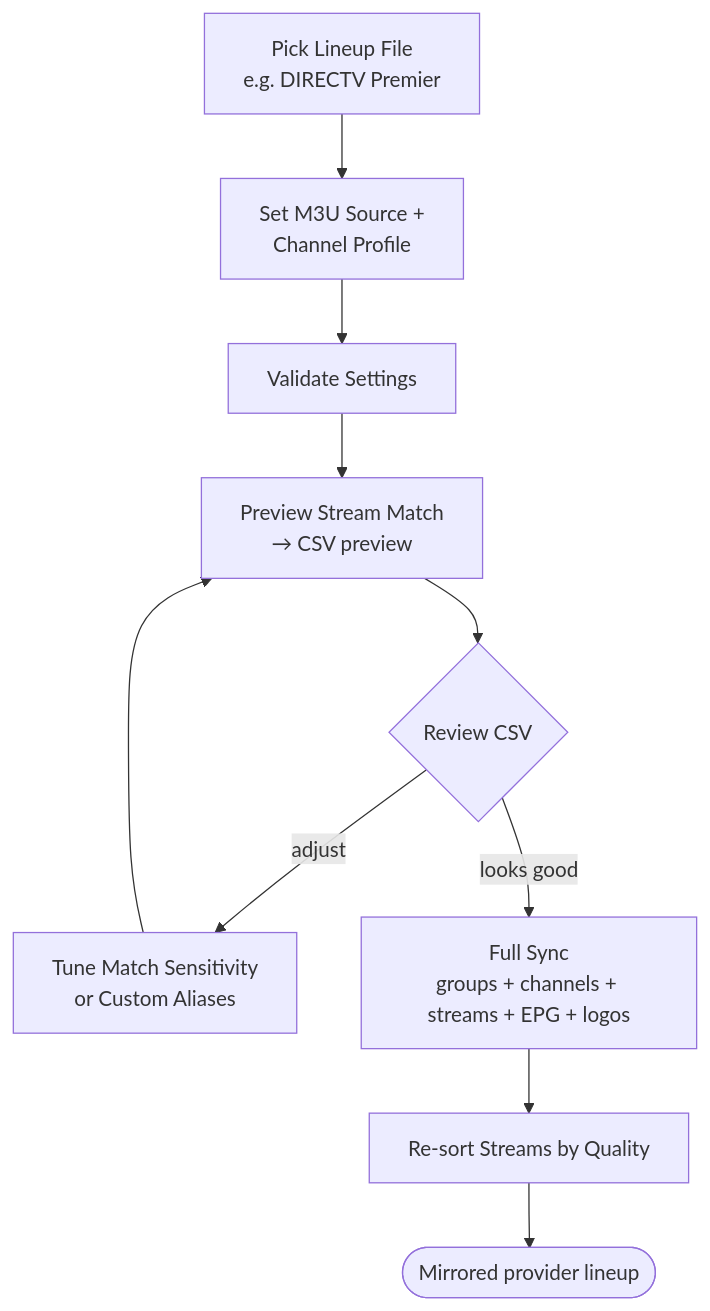
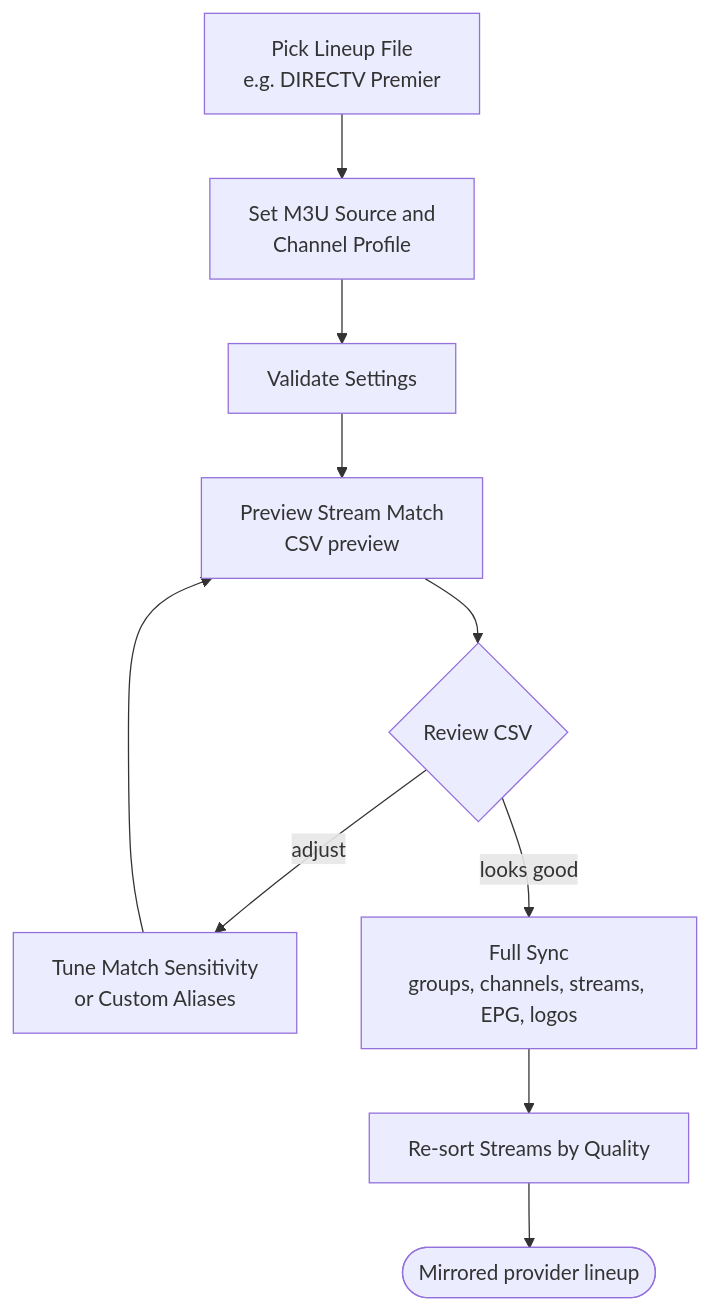
The diagram in docs/lineuparr.md (PiratesIRC/Dispatcharr-Plugin-Workflow), drawn with Mermaid before and after one commit. The commit also changed other lines of this file and 7 other files, not shown here.

First line of the commit message:
Fix Mermaid rendering, sidebar nav, and add backup warnings + crontab.guru link

````diff
--- a/docs/lineuparr.md
+++ b/docs/lineuparr.md
@@ -14,12 +14,12 @@
 ```mermaid
 flowchart TD
-    A[Pick Lineup File<br/>e.g. DIRECTV Premier] --> B[Set M3U Source +<br/>Channel Profile]
-    B --> C[Validate Settings]
-    C --> D[Preview Stream Match<br/>→ CSV preview]
-    D --> E{Review CSV}
-    E -->|adjust| F[Tune Match Sensitivity<br/>or Custom Aliases]
+    A["Pick Lineup File<br/>e.g. DIRECTV Premier"] --> B["Set M3U Source and<br/>Channel Profile"]
+    B --> C["Validate Settings"]
+    C --> D["Preview Stream Match<br/>CSV preview"]
+    D --> E{"Review CSV"}
+    E -->|adjust| F["Tune Match Sensitivity<br/>or Custom Aliases"]
     F --> D
-    E -->|looks good| G[Full Sync<br/>groups + channels + streams + EPG + logos]
-    G --> H[Re-sort Streams by Quality]
-    H --> Z([Mirrored provider lineup])
+    E -->|looks good| G["Full Sync<br/>groups, channels, streams, EPG, logos"]
+    G --> H["Re-sort Streams by Quality"]
+    H --> Z(["Mirrored provider lineup"])
 ```
````
